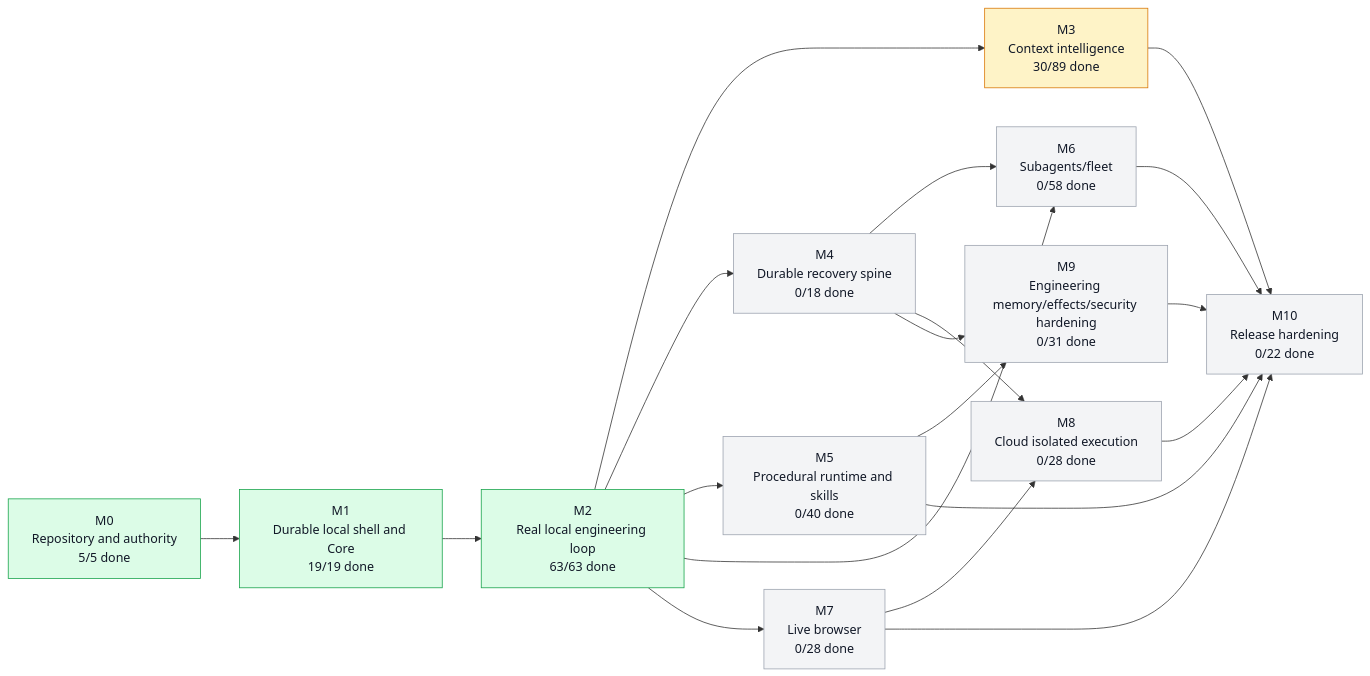
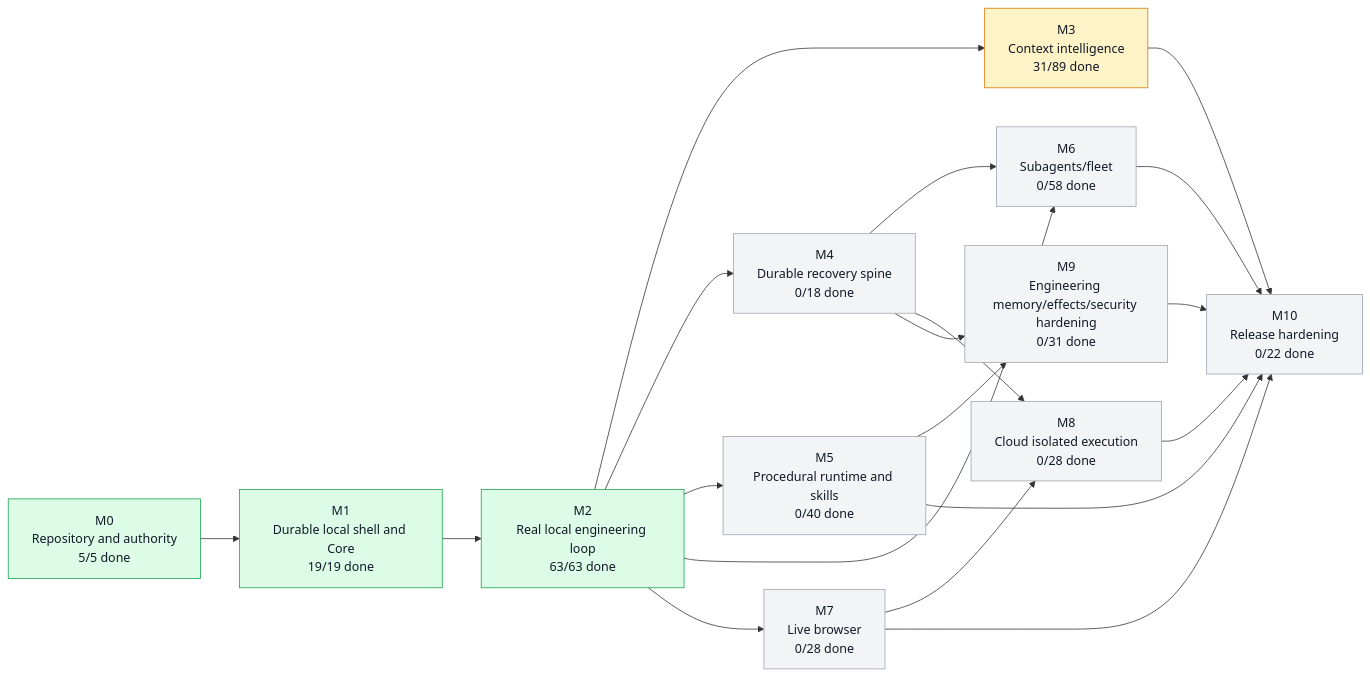
Before and after one commit to moss101/modbit: the first of 5 diagrams in graph/PROJECT_GRAPH.md, drawn with Mermaid. The commit also changed other lines of this file and 17 other files, not shown here.

First line of the commit message:
IMP-EV-0134/0177/0229: deferred tool search with lazy schemas; IMP-EV-0070 sealed

````diff
--- a/graph/PROJECT_GRAPH.md
+++ b/graph/PROJECT_GRAPH.md
@@ -57,43 +57,43 @@
 ```mermaid
 flowchart LR
   M0["M0<br/>Repository and authority<br/>5/5 done"]
   M1["M1<br/>Durable local shell and Core<br/>19/19 done"]
   M2["M2<br/>Real local engineering loop<br/>63/63 done"]
-  M3["M3<br/>Context intelligence<br/>30/89 done"]
+  M3["M3<br/>Context intelligence<br/>31/89 done"]
   M4["M4<br/>Durable recovery spine<br/>0/18 done"]
   M5["M5<br/>Procedural runtime and skills<br/>0/40 done"]
   M6["M6<br/>Subagents/fleet<br/>0/58 done"]
   M7["M7<br/>Live browser<br/>0/28 done"]
   M8["M8<br/>Cloud isolated execution<br/>0/28 done"]
   M9["M9<br/>Engineering memory/effects/security hardening<br/>0/31 done"]
   M10["M10<br/>Release hardening<br/>0/22 done"]
   M0 --> M1
   M1 --> M2
   M2 --> M3
   M2 --> M4
   M2 --> M5
   M2 --> M6
   M4 --> M6
   M2 --> M7
   M4 --> M8
   M7 --> M8
   M4 --> M9
   M5 --> M9
   M3 --> M10
   M5 --> M10
   M6 --> M10
   M7 --> M10
   M8 --> M10
   M9 --> M10
   style M0 fill:#dcfce7,stroke:#16a34a,color:#111827
   style M1 fill:#dcfce7,stroke:#16a34a,color:#111827
   style M2 fill:#dcfce7,stroke:#16a34a,color:#111827
   style M3 fill:#fef3c7,stroke:#d97706,color:#111827
   style M4 fill:#f3f4f6,stroke:#9ca3af,color:#111827
   style M5 fill:#f3f4f6,stroke:#9ca3af,color:#111827
   style M6 fill:#f3f4f6,stroke:#9ca3af,color:#111827
   style M7 fill:#f3f4f6,stroke:#9ca3af,color:#111827
   style M8 fill:#f3f4f6,stroke:#9ca3af,color:#111827
   style M9 fill:#f3f4f6,stroke:#9ca3af,color:#111827
   style M10 fill:#f3f4f6,stroke:#9ca3af,color:#111827
 ```
````
